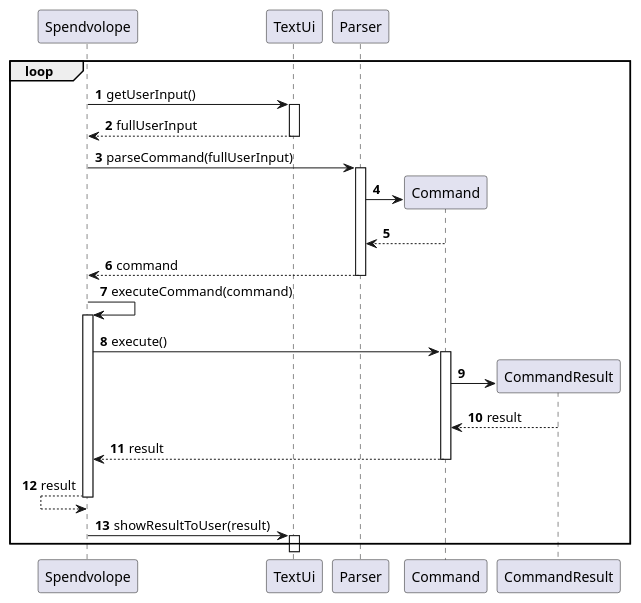
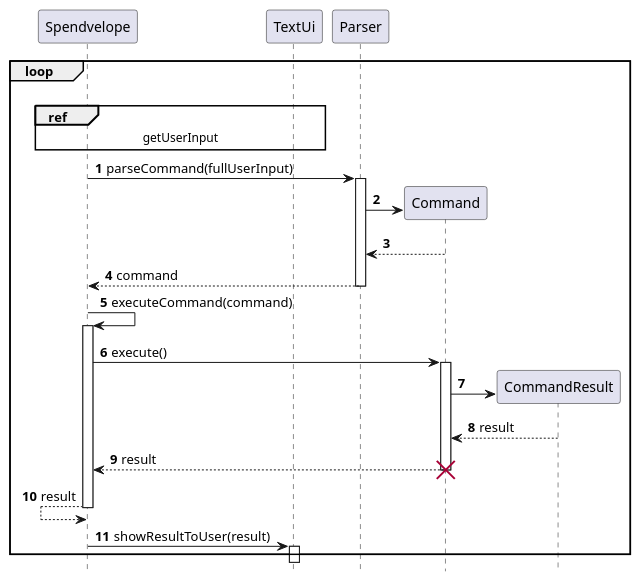
The diagram in docs/sequenceDiagrams/Spendvelope.puml (nus-cs2113-AY2122S2/tp), drawn with PlantUML before and after one commit. The commit also changed 1 other file, not shown here.

Commit message:
Modify getUserInput sequence diagram

```diff
--- a/docs/sequenceDiagrams/Spendvelope.puml
+++ b/docs/sequenceDiagrams/Spendvelope.puml
@@ -1,22 +1,24 @@
 @startuml
 'https://plantuml.com/sequence-diagram
 
+hide footbox
 autonumber
 autoactivate on
 loop
-Spendvolope -> TextUi: getUserInput()
-Spendvolope <-- TextUi: fullUserInput
-Spendvolope -> Parser: parseCommand(fullUserInput)
+|||
+ref over Spendvelope, TextUi: getUserInput
+Spendvelope -> Parser: parseCommand(fullUserInput)
 Parser -> Command**:
 Parser <-- Command
-Spendvolope <-- Parser: command
-Spendvolope -> Spendvolope: executeCommand(command)
-Spendvolope -> Command: execute()
+Spendvelope <-- Parser: command
+Spendvelope -> Spendvelope: executeCommand(command)
+Spendvelope -> Command: execute()
 Command -> CommandResult**:
 Command <-- CommandResult:result
-Spendvolope <-- Command: result
-Spendvolope <-- Spendvolope: result
-Spendvolope -> TextUi: showResultToUser(result)
+Spendvelope <-- Command: result
+destroy Command
+Spendvelope <-- Spendvelope: result
+Spendvelope -> TextUi: showResultToUser(result)
 end
 
 @enduml
```
